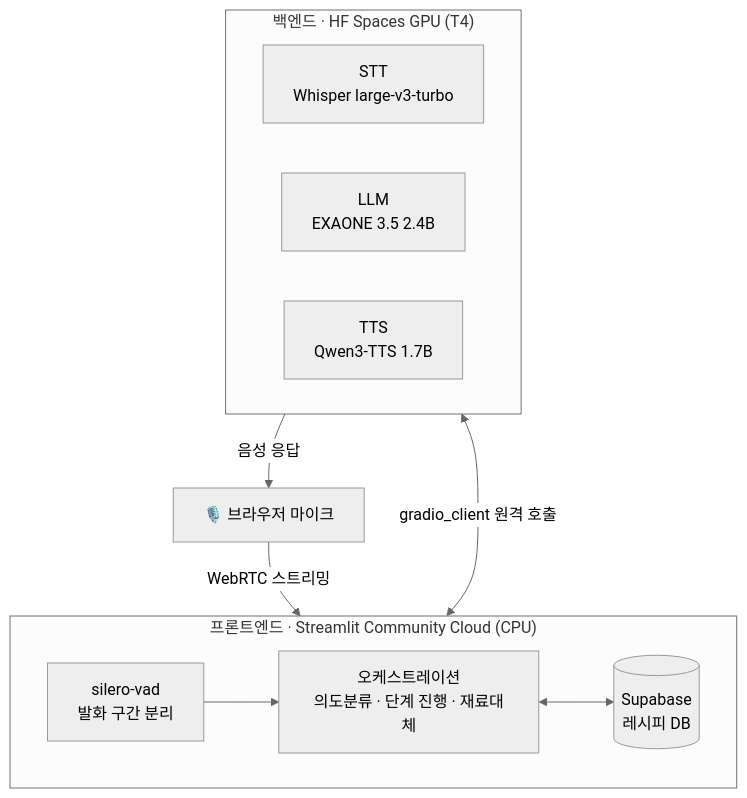
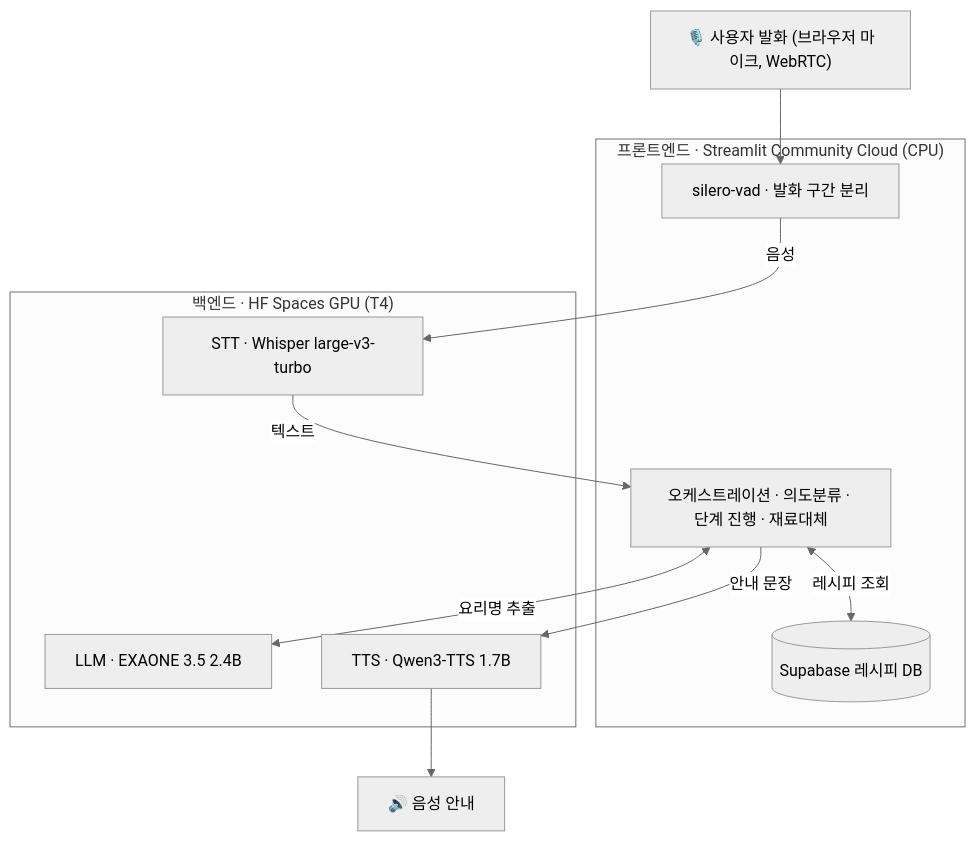
Before and after one commit to seungwook-kim/ChefEar: the diagram in README.md, drawn with Mermaid (neutral theme). The commit also changed other lines of this file, not shown here.

Commit message:
docs: 아키텍처 다이어그램을 발화 → 인식 → 판단 → 안내 순서의 흐름도로 정리
Claude-Session: https://claude.ai/code/session_01Moj6mWt1TVUh5adxAQ9irF

````diff
--- a/README.md
+++ b/README.md
@@ -40,17 +40,20 @@
 ```mermaid
 flowchart TB
-    U["🎙️ 브라우저 마이크"] -->|WebRTC 스트리밍| VAD
+    MIC["🎙️ 사용자 발화 (브라우저 마이크, WebRTC)"] --> VAD
     subgraph F["프론트엔드 · Streamlit Community Cloud (CPU)"]
-        direction LR
-        VAD["silero-vad<br>발화 구간 분리"] --> ORC["오케스트레이션<br>의도분류 · 단계 진행 · 재료대체"]
-        ORC <--> DB[("Supabase<br>레시피 DB")]
+        VAD["silero-vad · 발화 구간 분리"]
+        ORC["오케스트레이션 · 의도분류 · 단계 진행 · 재료대체"]
+        DB[("Supabase 레시피 DB")]
     end
-    ORC <-->|gradio_client 원격 호출| STT
     subgraph B["백엔드 · HF Spaces GPU (T4)"]
-        direction LR
-        STT["STT<br>Whisper large-v3-turbo"]
-        LLM["LLM<br>EXAONE 3.5 2.4B"]
-        TTS["TTS<br>Qwen3-TTS 1.7B"]
+        STT["STT · Whisper large-v3-turbo"]
+        LLM["LLM · EXAONE 3.5 2.4B"]
+        TTS["TTS · Qwen3-TTS 1.7B"]
     end
-    TTS -->|음성 응답| U
+    VAD -->|음성| STT
+    STT -->|텍스트| ORC
+    ORC <-->|요리명 추출| LLM
+    ORC <-->|레시피 조회| DB
+    ORC -->|안내 문장| TTS
+    TTS --> OUT["🔊 음성 안내"]
 ```
````
